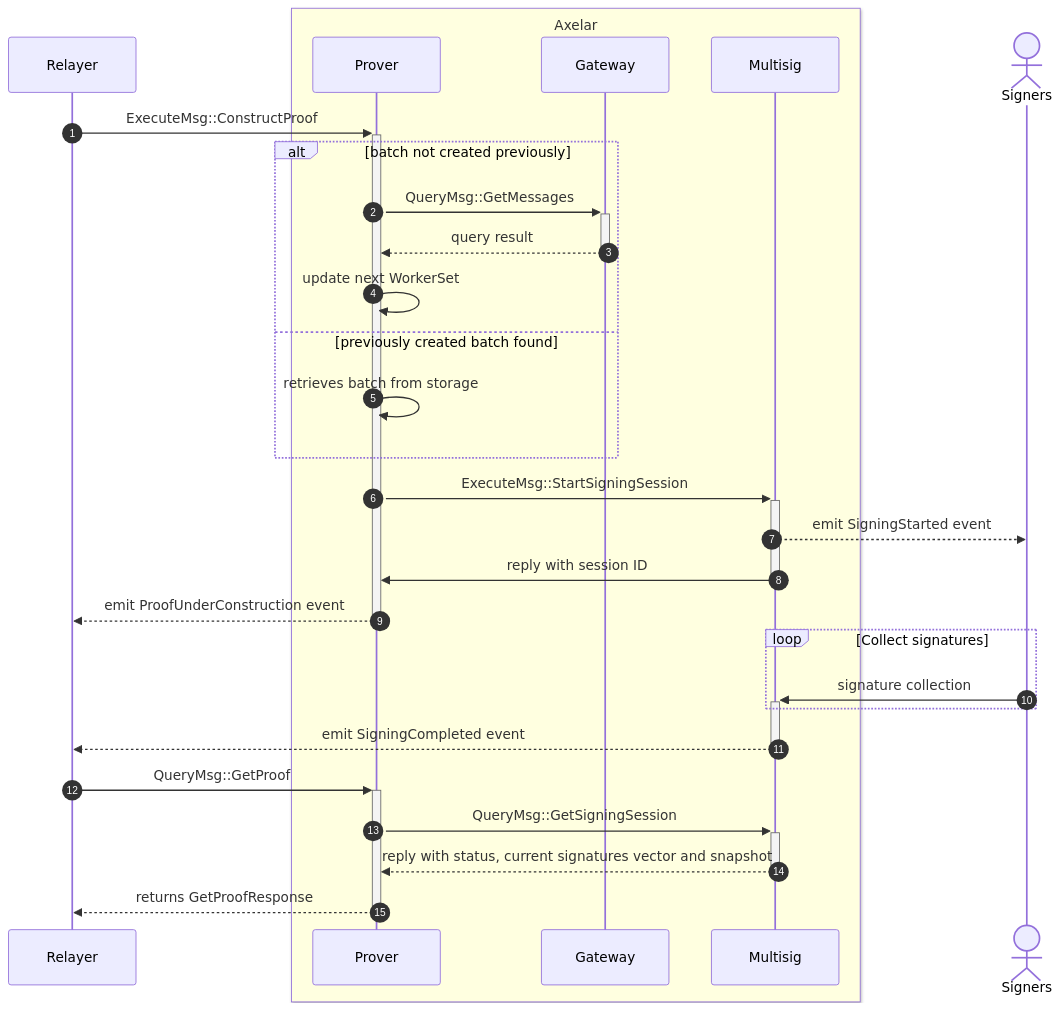
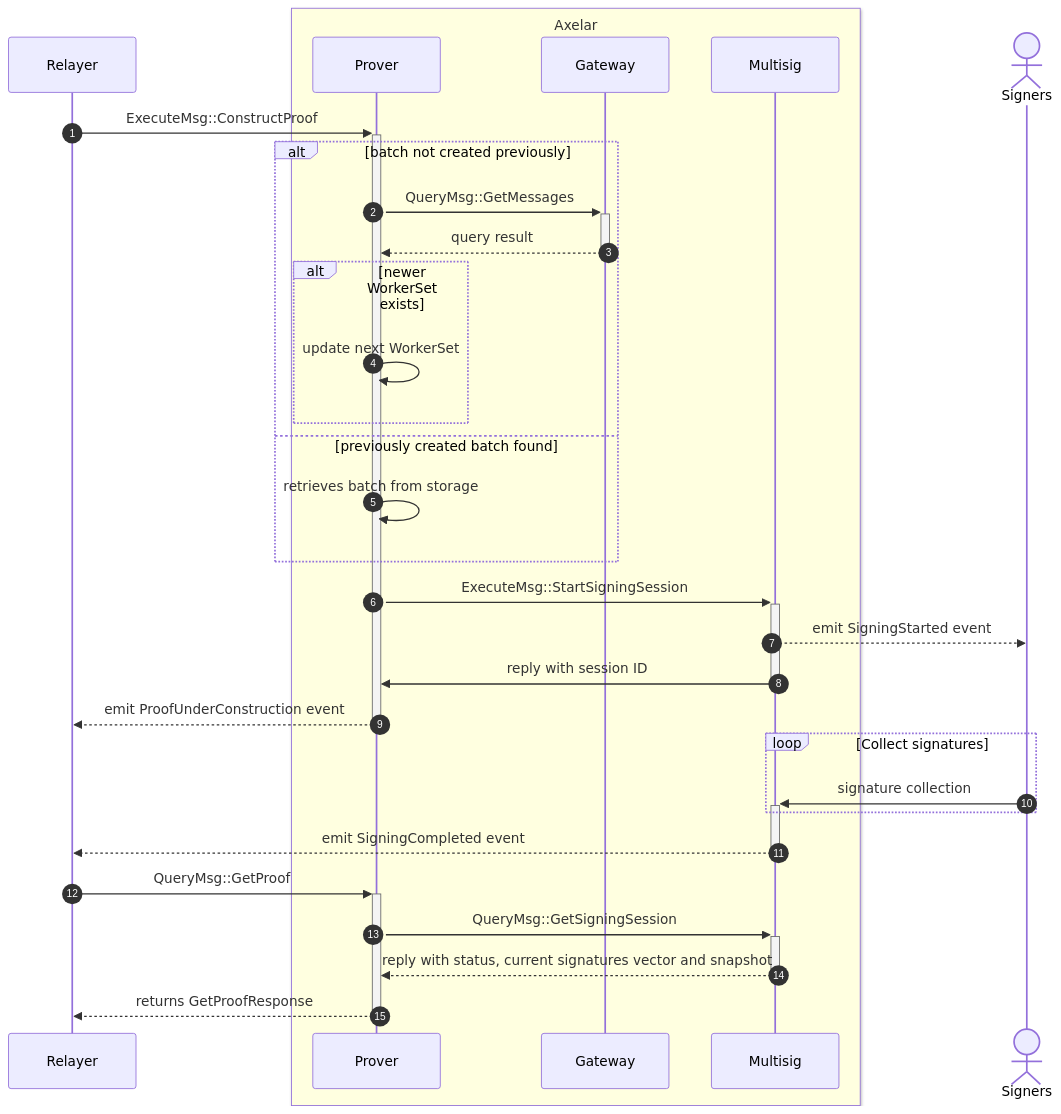
The second of 4 diagrams in doc/src/contracts/multisig_prover.md (axelarnetwork/axelar-amplifier), drawn with Mermaid before and after one commit.

Commit message:
Add update workerset branch to docs

````diff
--- a/doc/src/contracts/multisig_prover.md
+++ b/doc/src/contracts/multisig_prover.md
@@ -76,33 +76,35 @@
 ```mermaid
 sequenceDiagram
 autonumber
 participant Relayer
 box LightYellow Axelar
 participant Prover
 participant Gateway
 participant Multisig
 end
 actor Signers
 
 Relayer->>+Prover: ExecuteMsg::ConstructProof
 alt batch not created previously
   Prover->>+Gateway: QueryMsg::GetMessages
   Gateway-->>-Prover: query result
-  Prover->>Prover: update next WorkerSet
+  alt newer WorkerSet exists
+    Prover->>Prover: update next WorkerSet
+  end
 else previously created batch found
   Prover->>Prover: retrieves batch from storage
 end
 Prover->>+Multisig: ExecuteMsg::StartSigningSession
 Multisig-->>Signers: emit SigningStarted event
 Multisig->>-Prover: reply with session ID
 Prover-->>Relayer: emit ProofUnderConstruction event
 deactivate Prover
 loop Collect signatures
 	Signers->>+Multisig: signature collection
 end
 Multisig-->>-Relayer: emit SigningCompleted event
 Relayer->>+Prover: QueryMsg::GetProof
 Prover->>+Multisig: QueryMsg::GetSigningSession
 Multisig-->>-Prover: reply with status, current signatures vector and snapshot
 Prover-->>-Relayer: returns GetProofResponse
 ```
````
